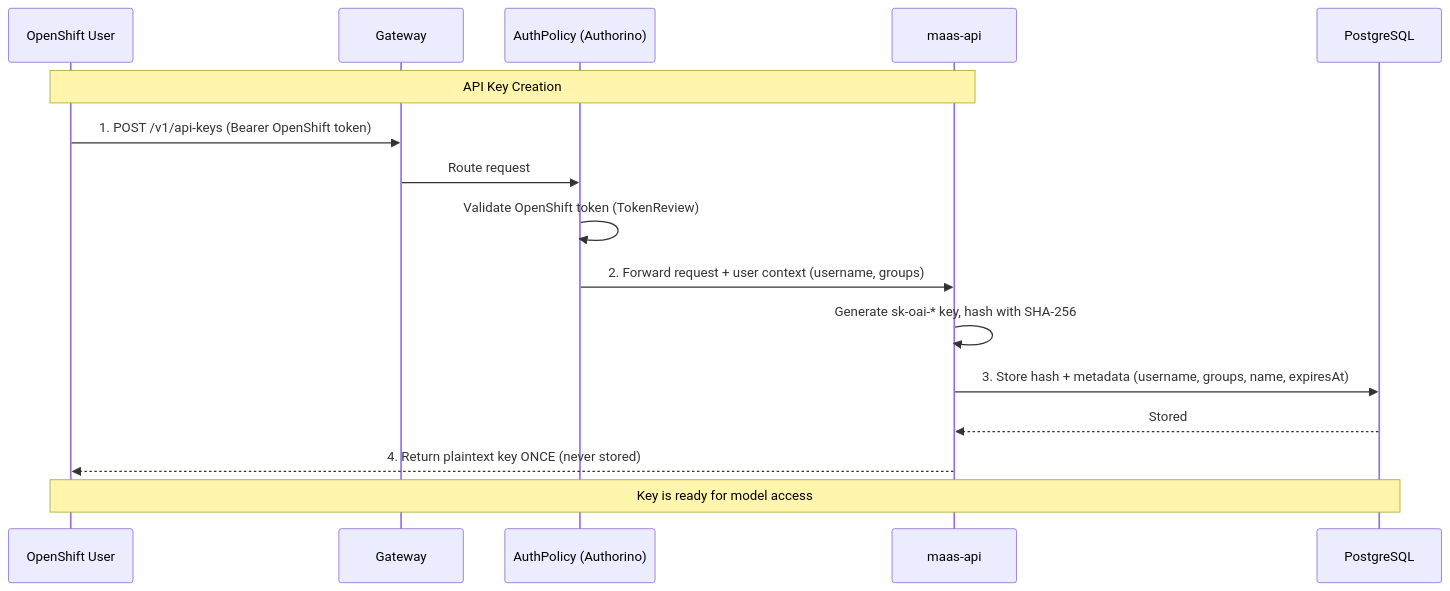
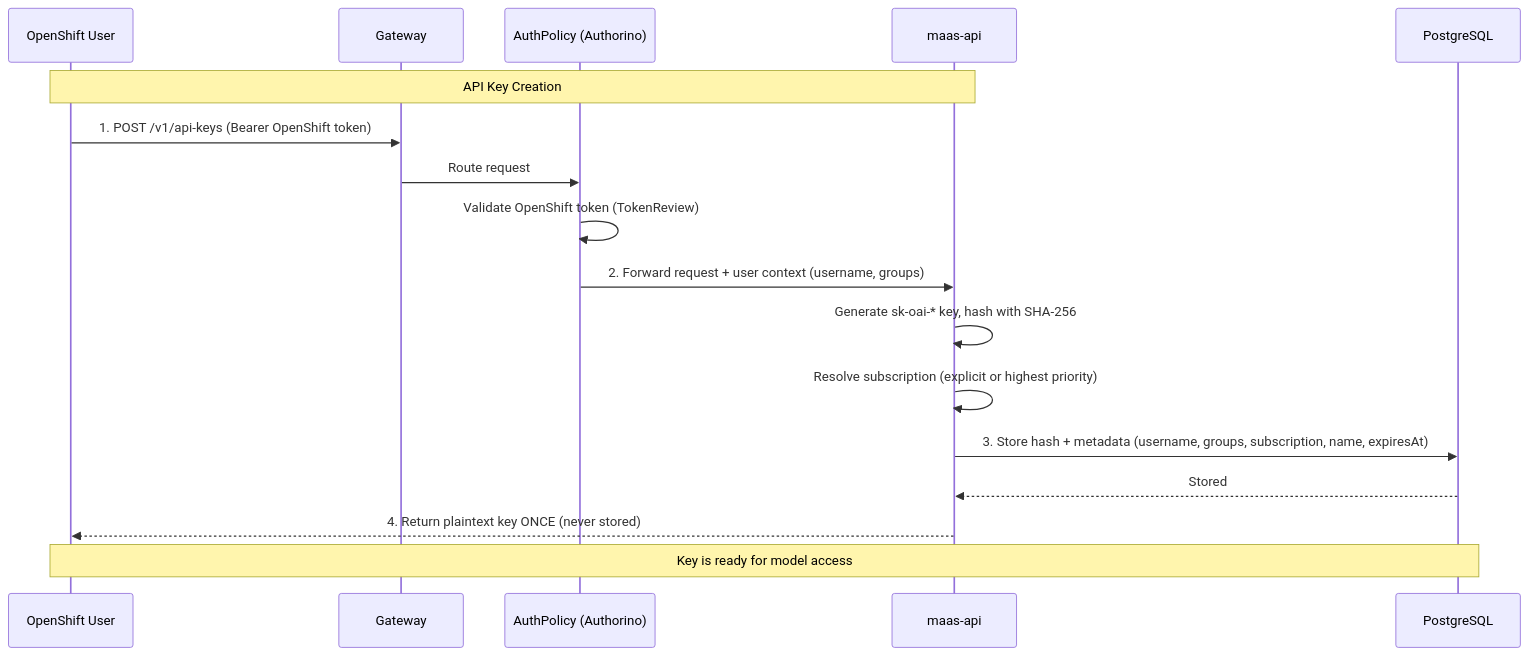
One commit to opendatahub-io/models-as-a-service changed the first of 3 diagrams in docs/content/configuration-and-management/token-management.md. Above: the diagram before and after it, drawn with Mermaid. The commit also changed other lines of this file and 19 other files, not shown here.

````diff
--- a/docs/content/configuration-and-management/token-management.md
+++ b/docs/content/configuration-and-management/token-management.md
@@ -59,20 +62,21 @@
 ```mermaid
 sequenceDiagram
     participant User as OpenShift User
     participant Gateway
     participant AuthPolicy as AuthPolicy (Authorino)
     participant MaaS as maas-api
     participant DB as PostgreSQL
 
     Note over User,MaaS: API Key Creation
     User->>Gateway: 1. POST /v1/api-keys (Bearer OpenShift token)
     Gateway->>AuthPolicy: Route request
     AuthPolicy->>AuthPolicy: Validate OpenShift token (TokenReview)
     AuthPolicy->>MaaS: 2. Forward request + user context (username, groups)
     MaaS->>MaaS: Generate sk-oai-* key, hash with SHA-256
-    MaaS->>DB: 3. Store hash + metadata (username, groups, name, expiresAt)
+    MaaS->>MaaS: Resolve subscription (explicit or highest priority)
+    MaaS->>DB: 3. Store hash + metadata (username, groups, subscription, name, expiresAt)
     DB-->>MaaS: Stored
     MaaS-->>User: 4. Return plaintext key ONCE (never stored)
 
     Note over User,DB: Key is ready for model access
 ```
````
